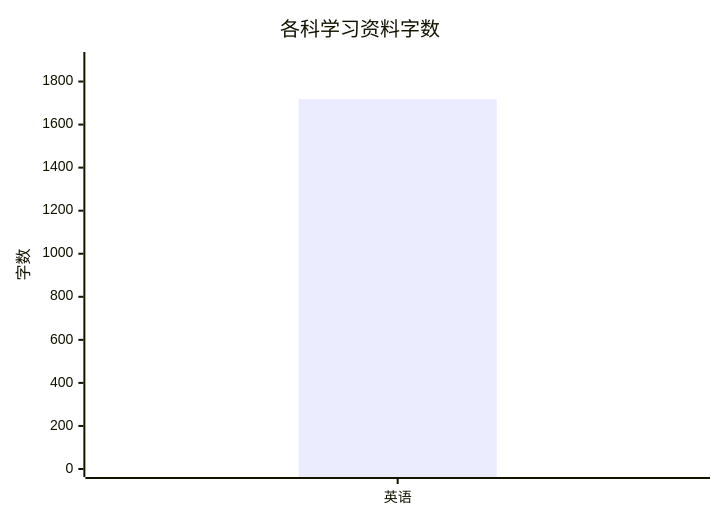
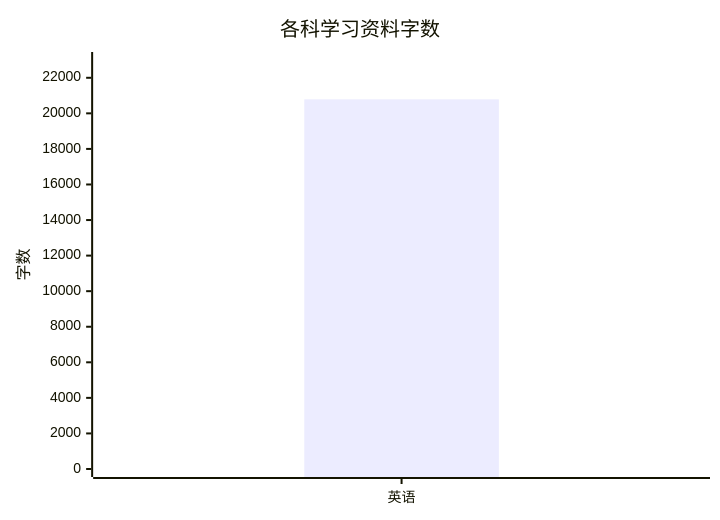
The first of 3 diagrams in README.md (zhuchenyu2008/Learning-Library), drawn with Mermaid before and after one commit. The commit also changed other lines of this file, not shown here.

````diff
--- a/README.md
+++ b/README.md
@@ -34,7 +34,7 @@
 ```mermaid
 xychart-beta
     title "各科学习资料字数"
     x-axis ["英语"]
-    y-axis "字数" 0 --> 1900
-    bar [1718]
+    y-axis "字数" 0 --> 23000
+    bar [20787]
 ```
````
